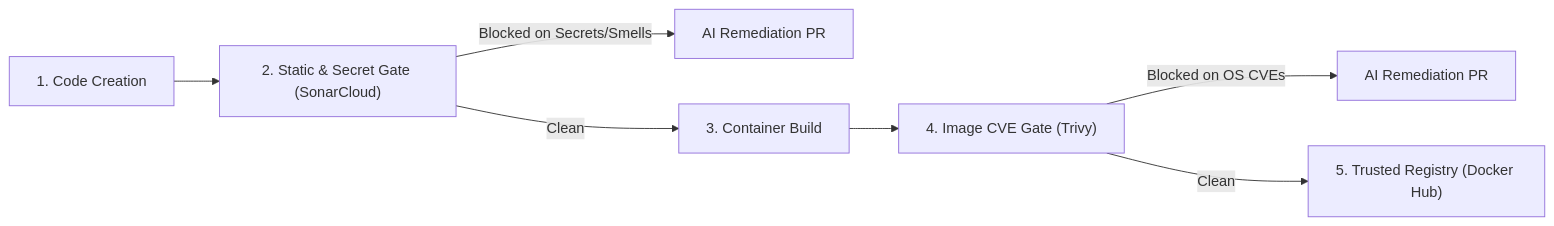
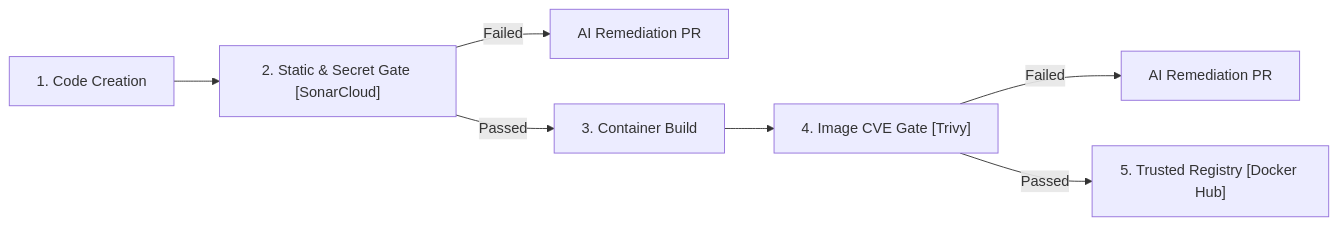
Before and after one commit to Siddhantshukla1657/SecureNotes_Devops_Miniproject: the second of 7 diagrams in README.md, drawn with Mermaid. The commit also changed other lines of this file and 1 other file, not shown here.

Commit message:
docs: update README with valid Mermaid syntax and ignore generated coverage.xml

````diff
--- a/README.md
+++ b/README.md
@@ -71,9 +71,9 @@
 ```mermaid
 flowchart LR
-    A["1. Code Creation"] --> B["2. Static & Secret Gate (SonarCloud)"]
-    B -->|Blocked on Secrets/Smells| Rem1["AI Remediation PR"]
-    B -->|Clean| C["3. Container Build"]
-    C --> D["4. Image CVE Gate (Trivy)"]
-    D -->|Blocked on OS CVEs| Rem2["AI Remediation PR"]
-    D -->|Clean| E["5. Trusted Registry (Docker Hub)"]
+    A["1. Code Creation"] --> B["2. Static & Secret Gate [SonarCloud]"]
+    B -->|Failed| Rem1["AI Remediation PR"]
+    B -->|Passed| C["3. Container Build"]
+    C --> D["4. Image CVE Gate [Trivy]"]
+    D -->|Failed| Rem2["AI Remediation PR"]
+    D -->|Passed| E["5. Trusted Registry [Docker Hub]"]
 ```
````
